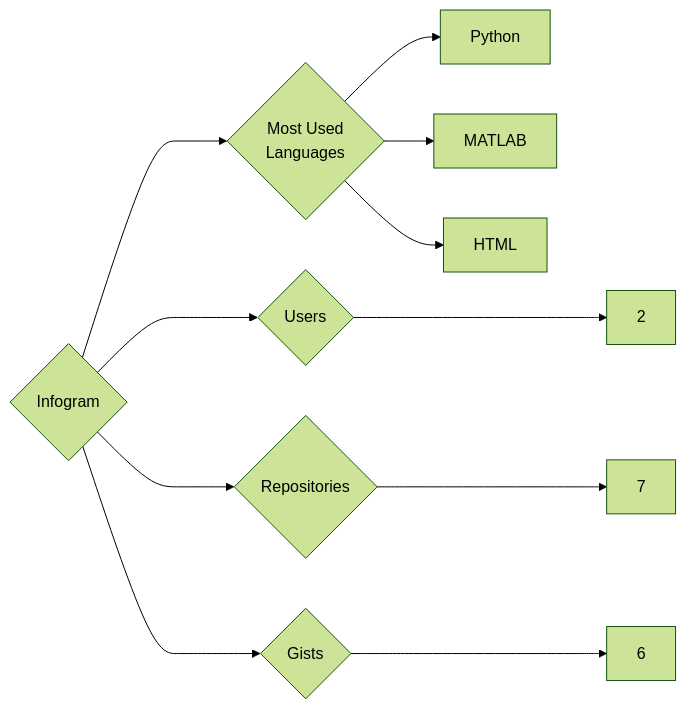
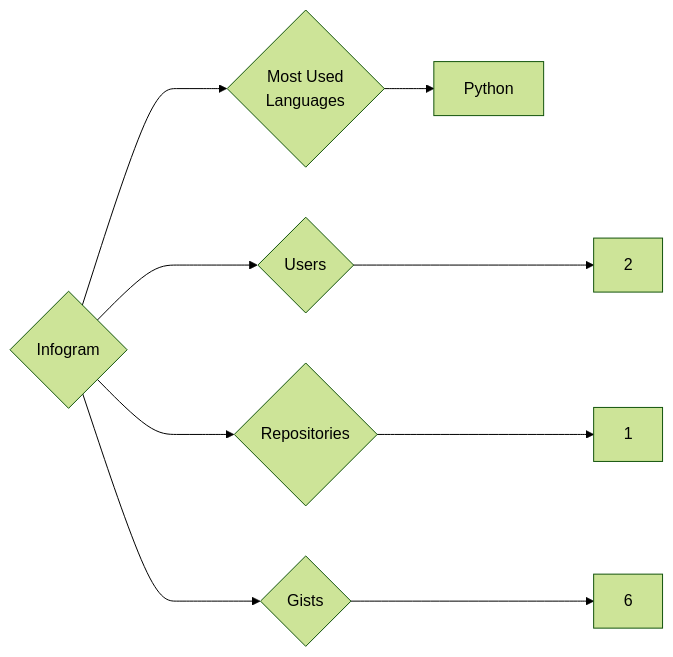
One commit to trickest/insiders changed the diagram in targets/Infogram/README.md. Above: the diagram before and after it, drawn with Mermaid (forest theme). The commit also changed 776 other files, not shown here.

````diff
--- a/targets/Infogram/README.md
+++ b/targets/Infogram/README.md
@@ -3,11 +3,9 @@
 ```mermaid
 graph LR
 COMPANY_NAME{Infogram}
 COMPANY_NAME ---> U{Users} ---> UN[2]
-COMPANY_NAME ---> R{Repositories} ---> RN[7]
+COMPANY_NAME ---> R{Repositories} ---> RN[1]
 COMPANY_NAME ---> G{Gists} ---> GN[6]
 COMPANY_NAME ---> ML{Most Used<br>Languages}
 ML --> Python[Python]
-ML --> MATLAB[MATLAB]
-ML --> HTML[HTML]
 ```
````
